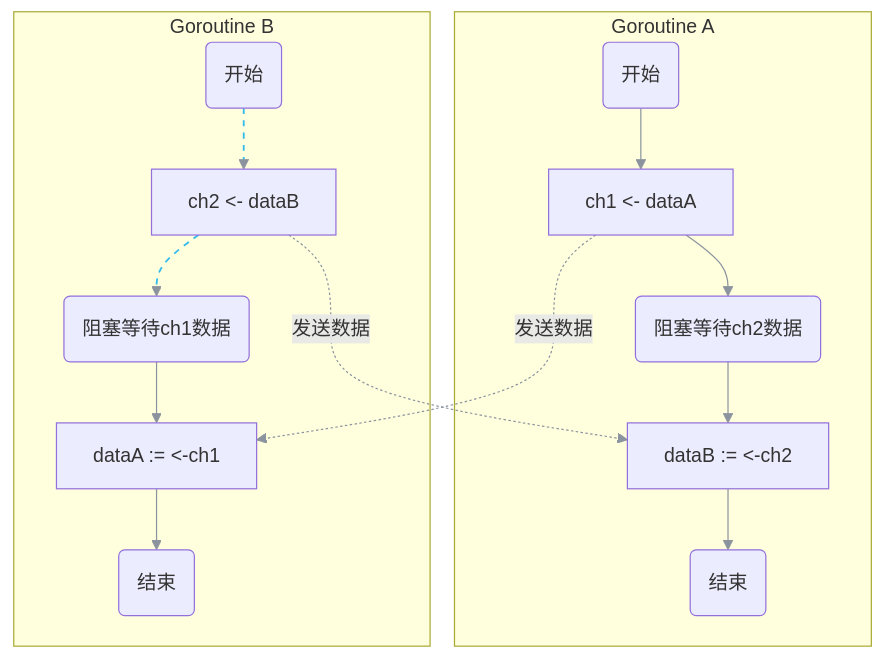
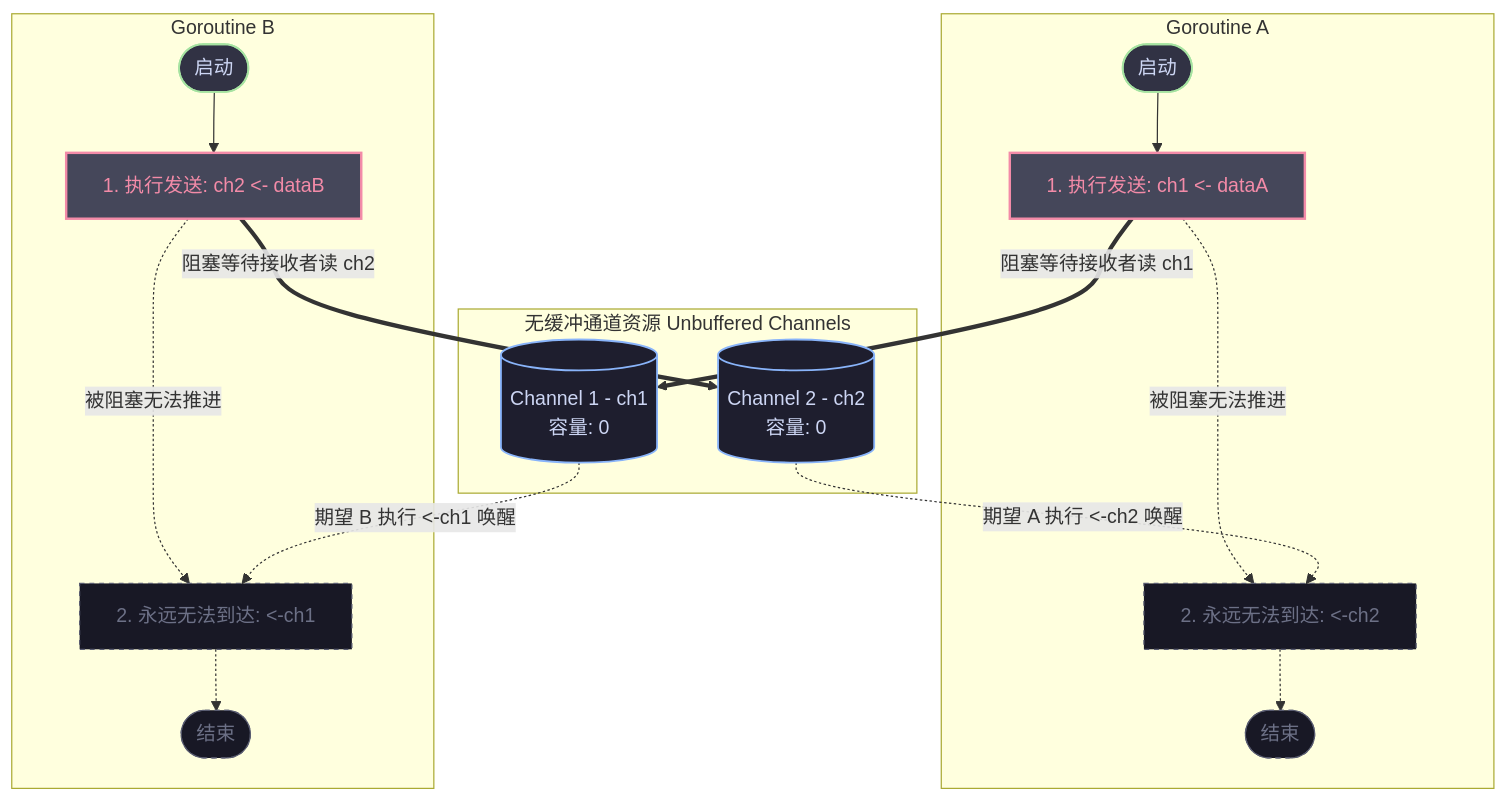
Before and after one commit to teatang/t-blog: the diagram in source/_posts/2026/2026-04-21_Golang Channel 堆满导致协程卡死的详解.md, drawn with Mermaid. The commit also changed 7 other files, not shown here.

```diff
--- a/source/_posts/2026/2026-04-21_Golang Channel 堆满导致协程卡死的详解.md
+++ b/source/_posts/2026/2026-04-21_Golang Channel 堆满导致协程卡死的详解.md
@@ -173,26 +173,45 @@
 {% mermaid %}
-graph TD
-    subgraph Goroutine A
-        A_START(开始) --> A1[ch1 <- dataA]
-        A1 --> A_BLOCK(阻塞等待ch2数据)
-        A_BLOCK --> A2[dataB := <-ch2]
-        A2 --> A_END(结束)
+flowchart TD
+    %% 协程 A
+    subgraph GA [Goroutine A]
+        A_Start(["启动"]):::nodeNormal
+        A_Send["1. 执行发送: ch1 <- dataA"]:::nodeDeadlock
+        A_Unreachable["2. 永远无法到达: <-ch2"]:::nodeUnreach
+        A_End(["结束"]):::nodeUnreach
+
+        A_Start --> A_Send
+        A_Send -.->|被阻塞无法推进| A_Unreachable
+        A_Unreachable -.-> A_End
     end
 
-    subgraph Goroutine B
-        B_START(开始) --> B1[ch2 <- dataB]
-        B1 --> B_BLOCK(阻塞等待ch1数据)
-        B_BLOCK --> B2[dataA := <-ch1]
-        B2 --> B_END(结束)
+    %% 中间通道实体
+    subgraph Channels [无缓冲通道资源 Unbuffered Channels]
+        Ch1[("Channel 1 - ch1<br/>容量: 0")]:::chanNode
+        Ch2[("Channel 2 - ch2<br/>容量: 0")]:::chanNode
     end
 
-    A1 -.->|发送数据| B2
-    B1 -.->|发送数据| A2
+    %% 协程 B
+    subgraph GB [Goroutine B]
+        B_Start(["启动"]):::nodeNormal
+        B_Send["1. 执行发送: ch2 <- dataB"]:::nodeDeadlock
+        B_Unreachable["2. 永远无法到达: <-ch1"]:::nodeUnreach
+        B_End(["结束"]):::nodeUnreach
 
-    class A_BLOCK,B_BLOCK block;
-    class A_START,A1,A2,A_END,B_START,B1,B2,B_END goroutine;
-    
-    %% 暗色调连线修正
-    linkStyle default stroke:#8b949e,stroke-width:1px;
-    linkStyle 4,5 stroke:#33bbee,stroke-width:1.5px,stroke-dasharray: 5 5;
+        B_Start --> B_Send
+        B_Send -.->|被阻塞无法推进| B_Unreachable
+        B_Unreachable -.-> B_End
+    end
+
+    %% 死锁环依赖流
+    A_Send ==>|阻塞等待接收者读 ch1| Ch1
+    B_Send ==>|阻塞等待接收者读 ch2| Ch2
+
+    Ch1 -.->|期望 B 执行 <-ch1 唤醒| B_Unreachable
+    Ch2 -.->|期望 A 执行 <-ch2 唤醒| A_Unreachable
+
+    %% 样式体系 (Dark Theme 调色板)
+    classDef nodeNormal fill:#313244,stroke:#a6e3a1,stroke-width:1.5px,color:#cdd6f4;
+    classDef nodeDeadlock fill:#45475a,stroke:#f38ba8,stroke-width:2px,color:#f38ba8;
+    classDef nodeUnreach fill:#181825,stroke:#585b70,stroke-dasharray: 4 4,stroke-width:1px,color:#6c7086;
+    classDef chanNode fill:#1e1e2e,stroke:#89b4fa,stroke-width:1.5px,color:#cdd6f4;
 {% endmermaid %}
```
